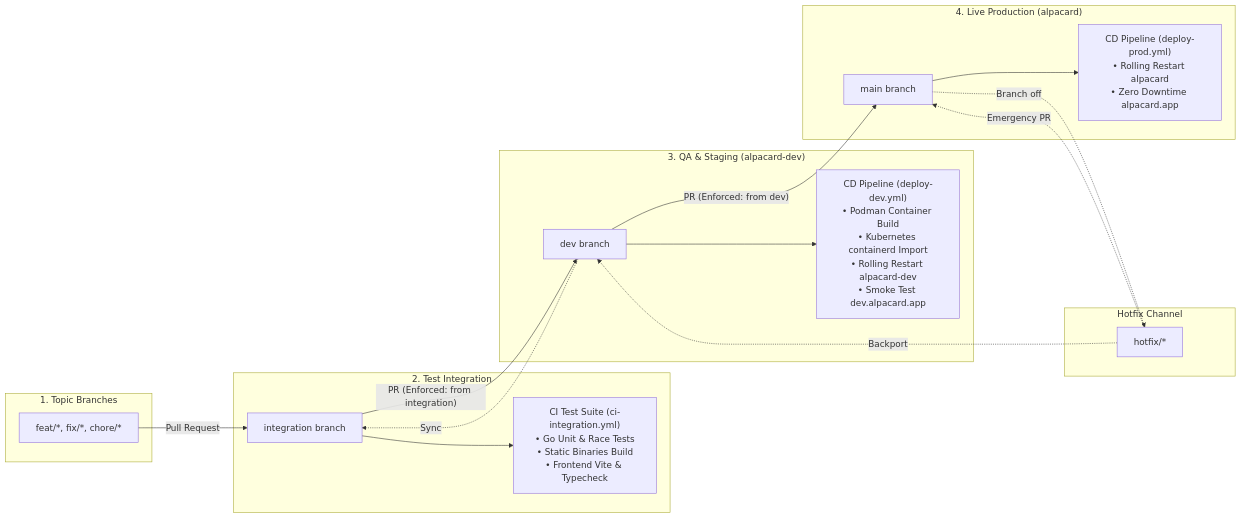
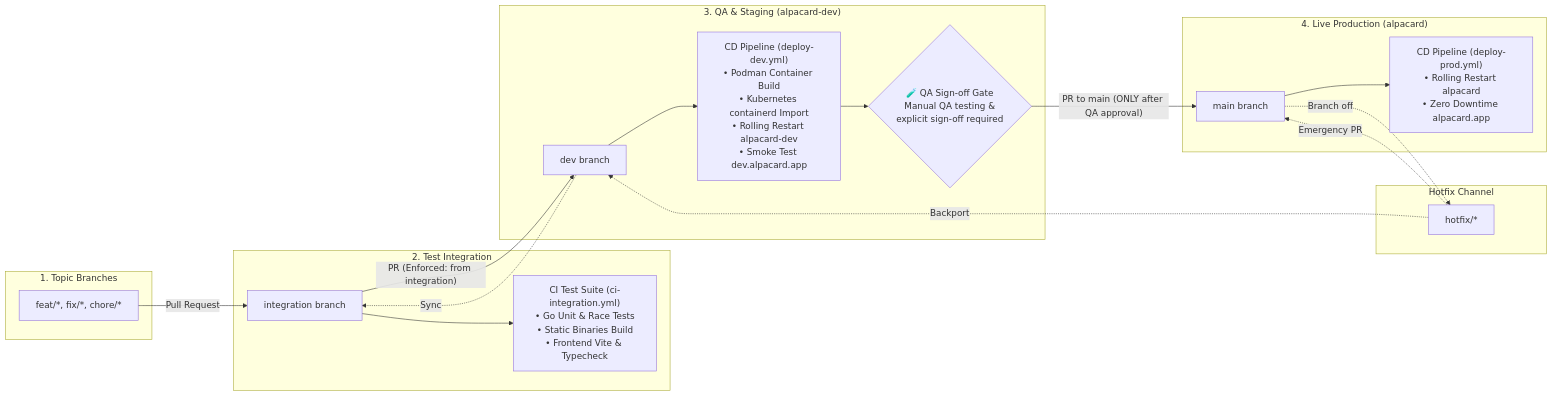
The second of 3 diagrams in README.md (Gabmetal/alpacard-web), drawn with Mermaid before and after one commit. The commit also changed 1 other file, not shown here.

Commit message:
docs: formalize QA sign-off gate before production promotion (#65)

````diff
--- a/README.md
+++ b/README.md
@@ -68,37 +68,39 @@
 ```mermaid
 flowchart LR
     subgraph FeatureWork ["1. Topic Branches"]
         FEAT["feat/*, fix/*, chore/*"]
     end
 
     subgraph IntegrationStage ["2. Test Integration"]
         INT["integration branch"]
         CI["CI Test Suite (ci-integration.yml)<br/>• Go Unit & Race Tests<br/>• Static Binaries Build<br/>• Frontend Vite & Typecheck"]
     end
 
     subgraph QAStage ["3. QA & Staging (alpacard-dev)"]
         DEV["dev branch"]
         DEV_DEPLOY["CD Pipeline (deploy-dev.yml)<br/>• Podman Container Build<br/>• Kubernetes containerd Import<br/>• Rolling Restart alpacard-dev<br/>• Smoke Test dev.alpacard.app"]
+        QA_GATE{"🧪 QA Sign-off Gate<br/>Manual QA testing &<br/>explicit sign-off required"}
     end
 
     subgraph ProdStage ["4. Live Production (alpacard)"]
         MAIN["main branch"]
         PROD_DEPLOY["CD Pipeline (deploy-prod.yml)<br/>• Rolling Restart alpacard<br/>• Zero Downtime alpacard.app"]
     end
 
     subgraph Emergency ["Hotfix Channel"]
         HOTFIX["hotfix/*"]
     end
 
     FEAT -->|"Pull Request"| INT
     INT --> CI
     INT -->|"PR (Enforced: from integration)"| DEV
     DEV --> DEV_DEPLOY
-    DEV -->|"PR (Enforced: from dev)"| MAIN
+    DEV_DEPLOY --> QA_GATE
+    QA_GATE -->|"PR to main (ONLY after QA approval)"| MAIN
     MAIN --> PROD_DEPLOY
 
     MAIN -.->|"Branch off"| HOTFIX
     HOTFIX -.->|"Emergency PR"| MAIN
     HOTFIX -.->|"Backport"| DEV
     DEV -.->|"Sync"| INT
 ```
````
